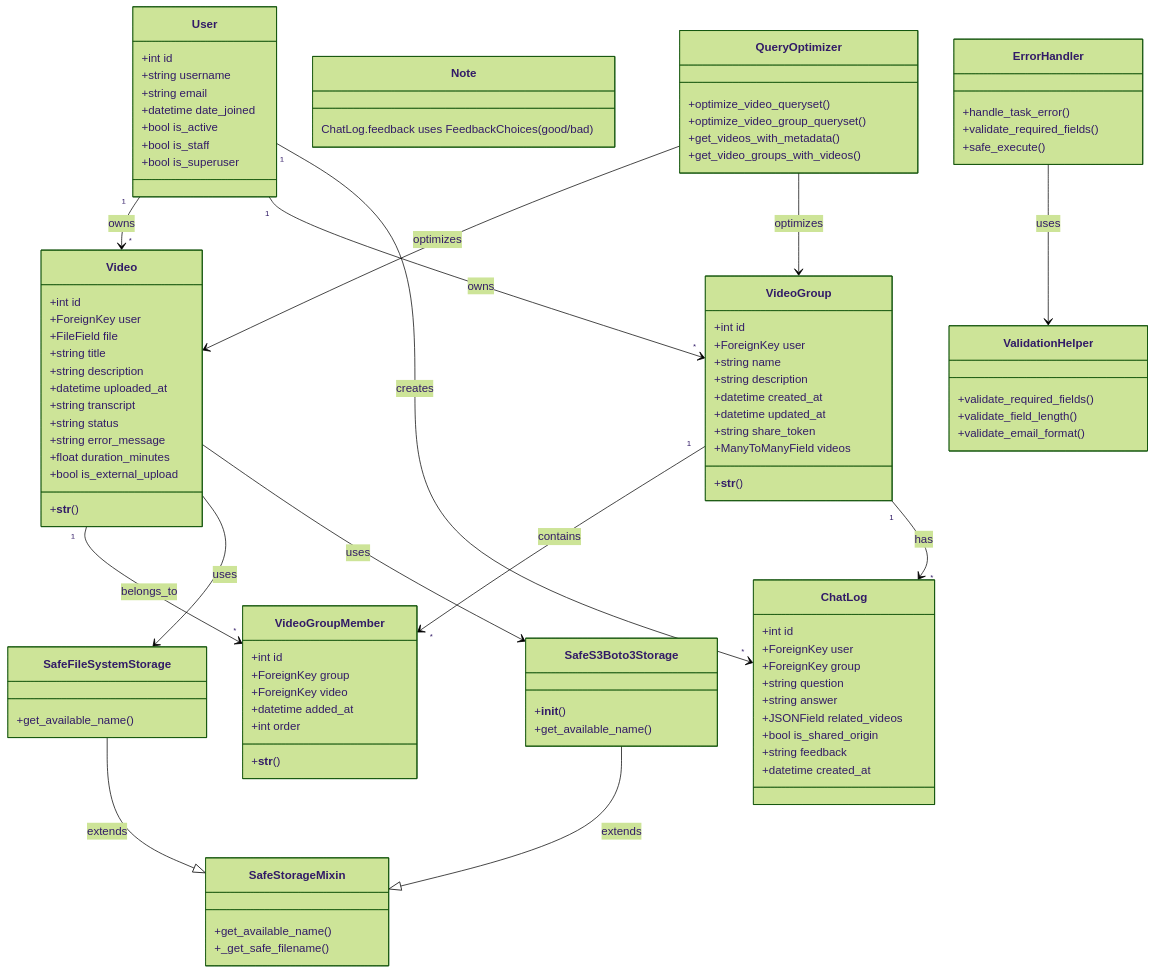
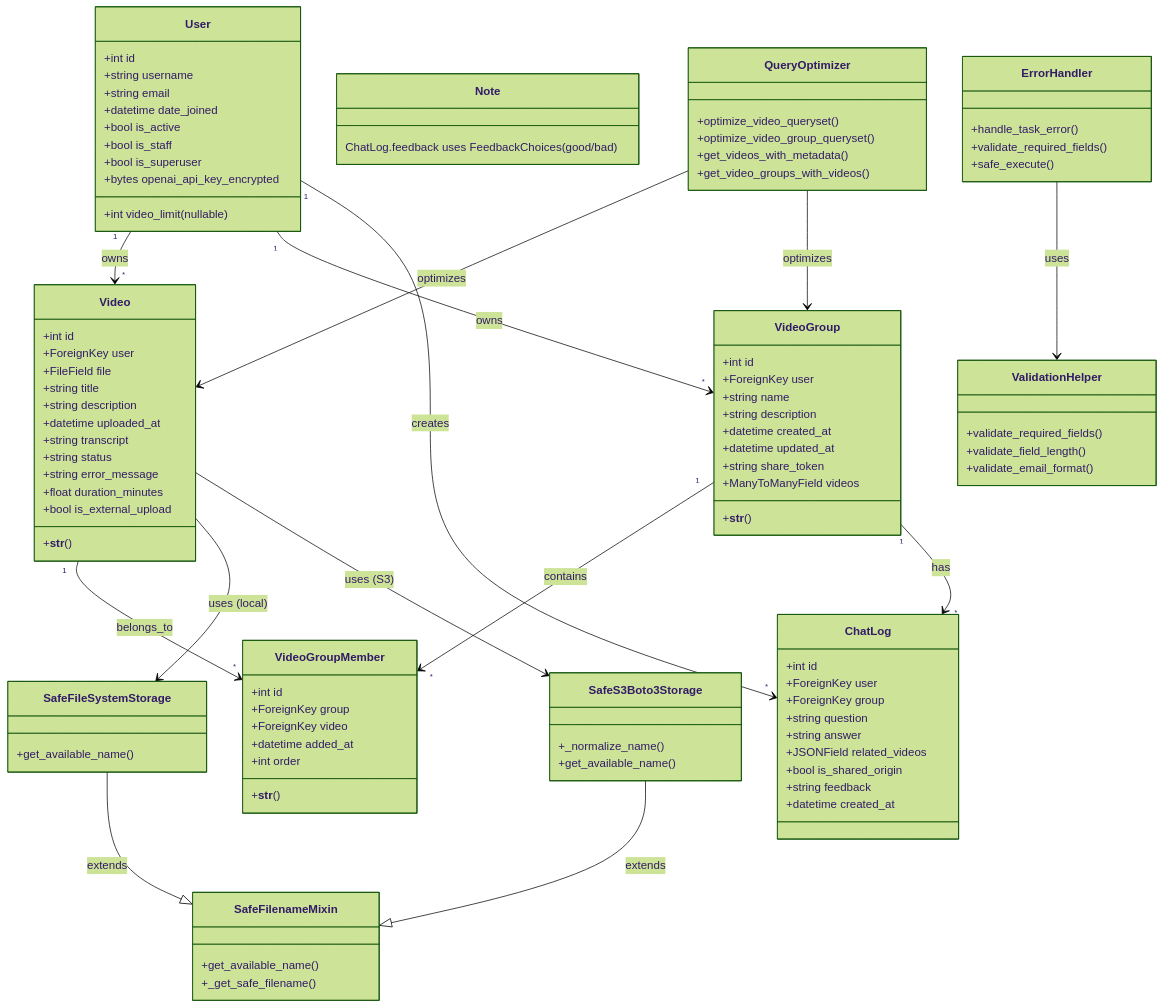
Before and after one commit to yukiharada1228/videoq: the first of 3 diagrams in docs/design/class-diagram.md, drawn with Mermaid (forest theme). The commit also changed 10 other files, not shown here.

Commit message:
docs: Update documentation for video upload limits and per-user OpenAI API key management

```diff
--- a/docs/design/class-diagram.md
+++ b/docs/design/class-diagram.md
@@ -16,6 +16,8 @@
         +bool is_active
         +bool is_staff
         +bool is_superuser
+        +bytes openai_api_key_encrypted
+        +int video_limit (nullable)
     }
     
     class Video {
@@ -68,7 +70,7 @@
     
     Note: ChatLog.feedback uses FeedbackChoices (good/bad)
     
-    class SafeStorageMixin {
+    class SafeFilenameMixin {
         +get_available_name()
         +_get_safe_filename()
     }
@@ -78,7 +80,7 @@
     }
     
     class SafeS3Boto3Storage {
-        +__init__()
+        +_normalize_name()
         +get_available_name()
     }
     
@@ -88,10 +90,10 @@
     VideoGroup "1" --> "*" VideoGroupMember : contains
     Video "1" --> "*" VideoGroupMember : belongs_to
     VideoGroup "1" --> "*" ChatLog : has
-    SafeFileSystemStorage --|> SafeStorageMixin : extends
-    SafeS3Boto3Storage --|> SafeStorageMixin : extends
-    Video --> SafeFileSystemStorage : uses
-    Video --> SafeS3Boto3Storage : uses
+    SafeFileSystemStorage --|> SafeFilenameMixin : extends
+    SafeS3Boto3Storage --|> SafeFilenameMixin : extends
+    Video --> SafeFileSystemStorage : uses (local)
+    Video --> SafeS3Boto3Storage : uses (S3)
     
     class QueryOptimizer {
         +optimize_video_queryset()
```
